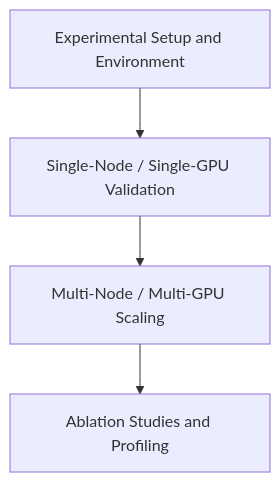
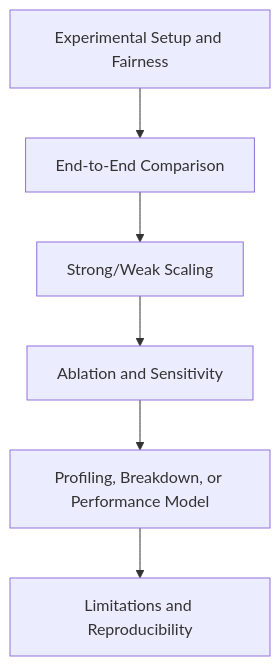
The diagram in research-paper-writing/references/experiments.md (godjos/hpc-Paper-Writing-Skills), drawn with Mermaid before and after one commit. The commit also changed other lines of this file and 25 other files, not shown here.

````diff
--- a/research-paper-writing/references/experiments.md
+++ b/research-paper-writing/references/experiments.md
@@ -51,6 +28,15 @@
 ```mermaid
 flowchart TB
-    S1["Experimental Setup and Environment"] --> S2["Single-Node / Single-GPU Validation"]
-    S2 --> S3["Multi-Node / Multi-GPU Scaling"]
-    S3 --> S4["Ablation Studies and Profiling"]
+    S1["Experimental Setup and Fairness"]
+    S2["End-to-End Comparison"]
+    S3["Strong/Weak Scaling"]
+    S4["Ablation and Sensitivity"]
+    S5["Profiling, Breakdown, or Performance Model"]
+    S6["Limitations and Reproducibility"]
+
+    S1 --> S2
+    S2 --> S3
+    S3 --> S4
+    S4 --> S5
+    S5 --> S6
 ```
````
